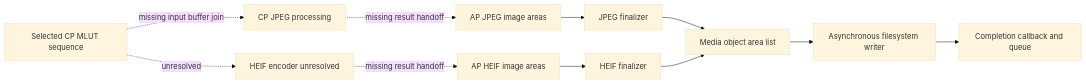
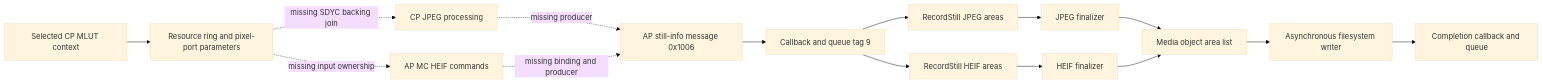
One commit to wu-hongjun/A7C2 changed the third of 3 diagrams in research/A7C2_FIRMWARE_ATLAS.md. Above: the diagram before and after it, drawn with Mermaid (base theme). The commit also changed other lines of this file and 96 other files, not shown here.

Commit message:
Trace MLUT pixel resources, HEIF commands and still recording handoff

````diff
--- a/research/A7C2_FIRMWARE_ATLAS.md
+++ b/research/A7C2_FIRMWARE_ATLAS.md
@@ -146,13 +156,17 @@
 ```mermaid
 flowchart LR
-  A[Selected CP MLUT sequence] -. missing input buffer join .-> B[CP JPEG processing]
-  B -. missing result handoff .-> C[AP JPEG image areas]
-  A -. unresolved .-> H[HEIF encoder unresolved]
-  H -. missing result handoff .-> I[AP HEIF image areas]
+  A[Selected CP MLUT context] --> P[Resource ring and pixel-port parameters]
+  P -. missing SDYC backing join .-> B[CP JPEG processing]
+  P -. missing input ownership .-> H[AP MC HEIF commands]
+  B -. missing producer .-> N[AP still-info message 0x1006]
+  H -. missing binding and producer .-> N
+  N --> Q[Callback and queue tag 9]
+  Q --> C[RecordStill JPEG areas]
+  Q --> I[RecordStill HEIF areas]
   C --> D[JPEG finalizer]
   I --> J[HEIF finalizer]
   D --> E[Media object area list]
   J --> E
   E --> F[Asynchronous filesystem writer]
   F --> G[Completion callback and queue]
 ```
````
